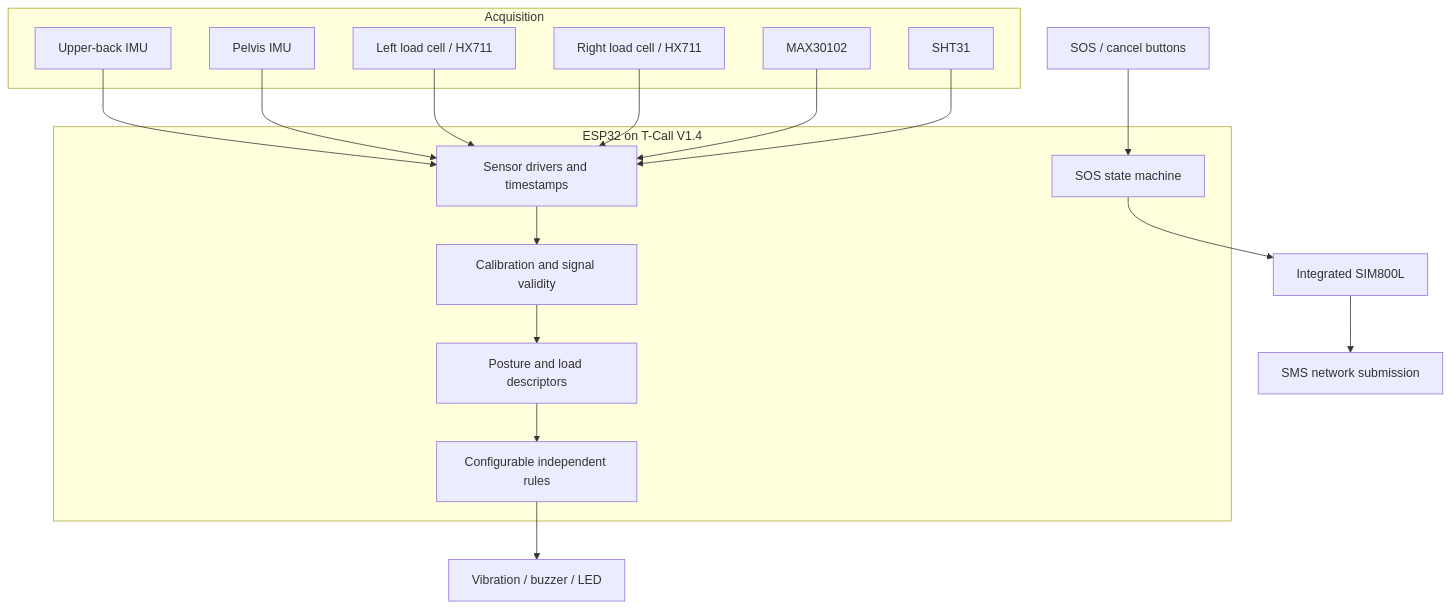
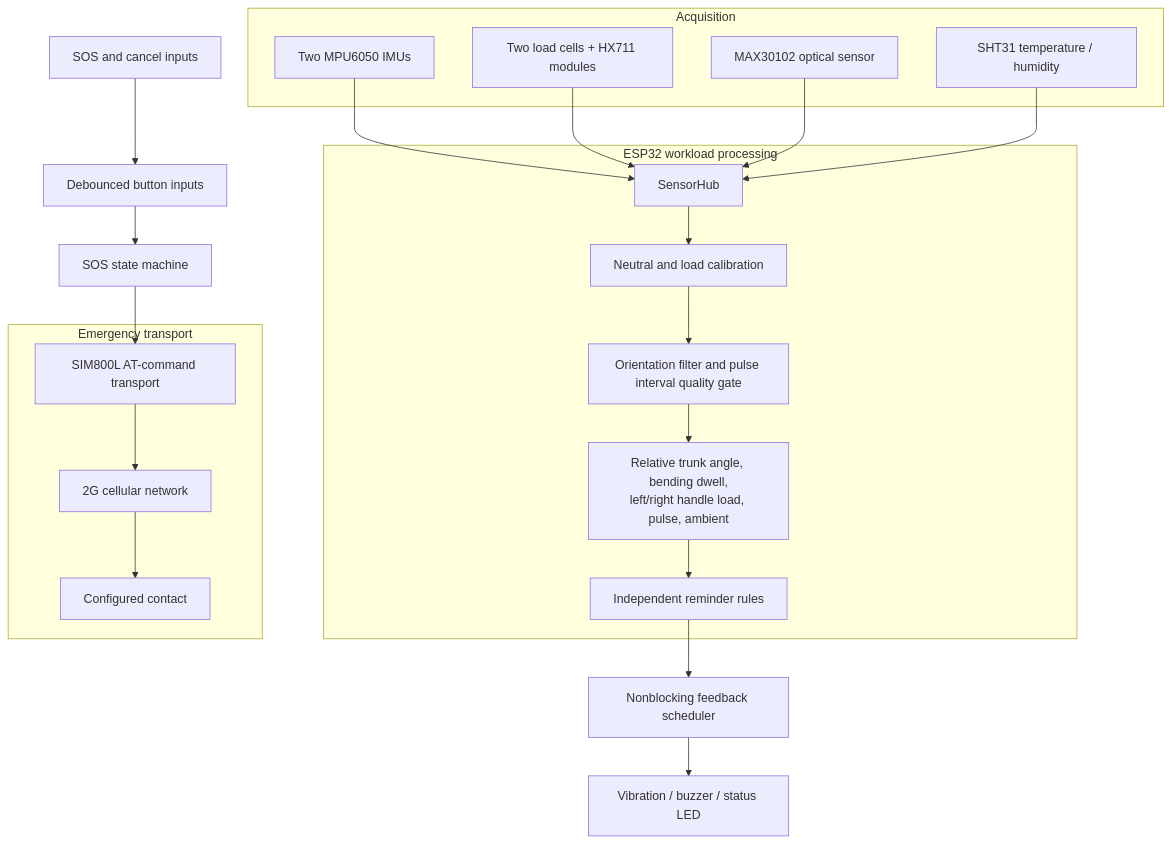
The first of 2 diagrams in docs/architecture.md (tsypchallenge0-afk/amnora), drawn with Mermaid before and after one commit. The commit also changed other lines of this file and 24 other files, not shown here.

````diff
--- a/docs/architecture.md
+++ b/docs/architecture.md
@@ -5,29 +7,32 @@
 ```mermaid
 flowchart TB
-  subgraph Acquisition
-    IMU1[Upper-back IMU]
-    IMU2[Pelvis IMU]
-    LC1[Left load cell / HX711]
-    LC2[Right load cell / HX711]
-    PPG[MAX30102]
-    ENV[SHT31]
+  subgraph SENSING[Acquisition]
+    IMU[Two MPU6050 IMUs]
+    HX[Two load cells + HX711 modules]
+    OPT[MAX30102 optical sensor]
+    SHT[SHT31 temperature / humidity]
   end
-  subgraph ESP32[ESP32 on T-Call V1.4]
-    DRV[Sensor drivers and timestamps]
-    CAL[Calibration and signal validity]
-    PROC[Posture and load descriptors]
-    RULE[Configurable independent rules]
-    SOS[SOS state machine]
+  subgraph PROCESS[ESP32 workload processing]
+    SH[SensorHub]
+    CAL[Neutral and load calibration]
+    FILTER[Orientation filter and pulse interval quality gate]
+    FEATURES[Relative trunk angle, bending dwell,<br/>left/right handle load, pulse, ambient]
+    RULES[Independent reminder rules]
+    SH --> CAL --> FILTER --> FEATURES --> RULES
   end
-  IMU1 --> DRV
-  IMU2 --> DRV
-  LC1 --> DRV
-  LC2 --> DRV
-  PPG --> DRV
-  ENV --> DRV
-  DRV --> CAL --> PROC --> RULE
-  BTN[SOS / cancel buttons] --> SOS
-  RULE --> OUT[Vibration / buzzer / LED]
-  SOS --> MODEM[Integrated SIM800L]
-  MODEM --> SMS[SMS network submission]
+  IMU --> SH
+  HX --> SH
+  OPT --> SH
+  SHT --> SH
+  RULES --> OUT[Nonblocking feedback scheduler]
+  OUT --> ACT[Vibration / buzzer / status LED]
+  BUTTONS[SOS and cancel inputs] --> DEBOUNCE[Debounced button inputs]
+  DEBOUNCE --> SOS[SOS state machine]
+  subgraph RADIO[Emergency transport]
+    MODEM[SIM800L AT-command transport]
+    CELL[2G cellular network]
+    RECIPIENT[Configured contact]
+    MODEM --> CELL --> RECIPIENT
+  end
+  SOS --> MODEM
 ```
````
